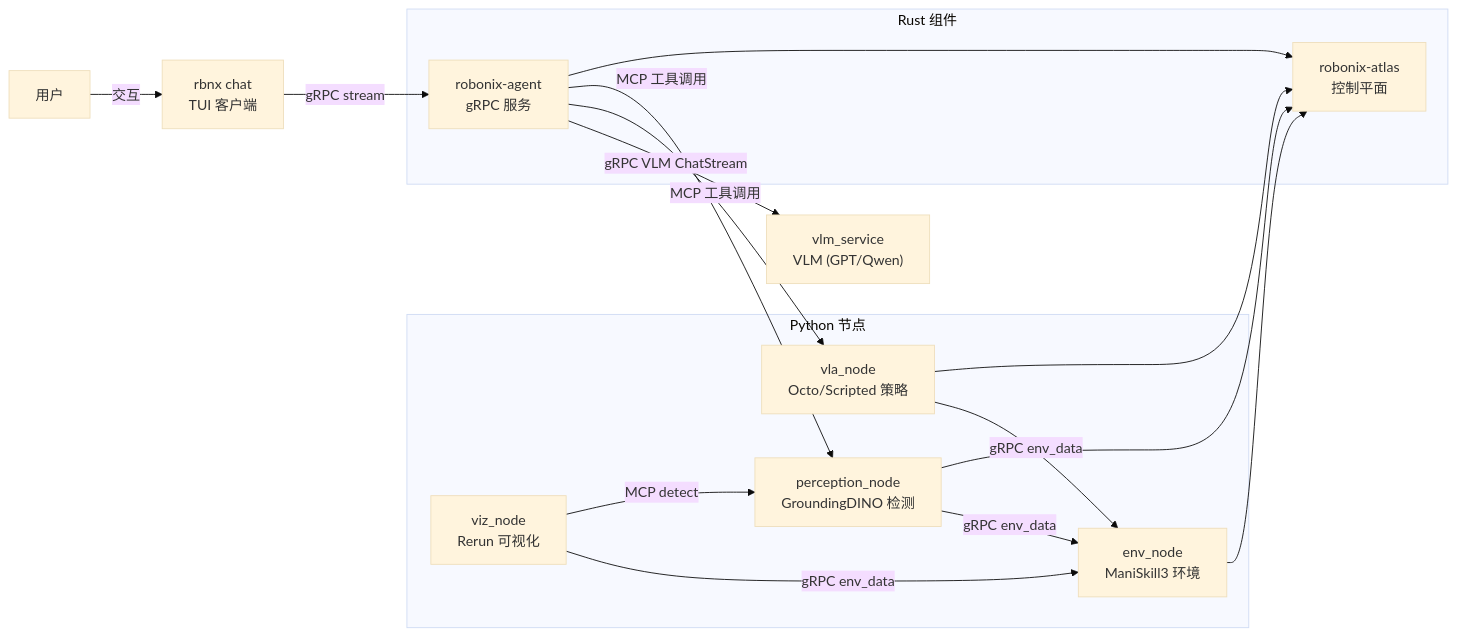
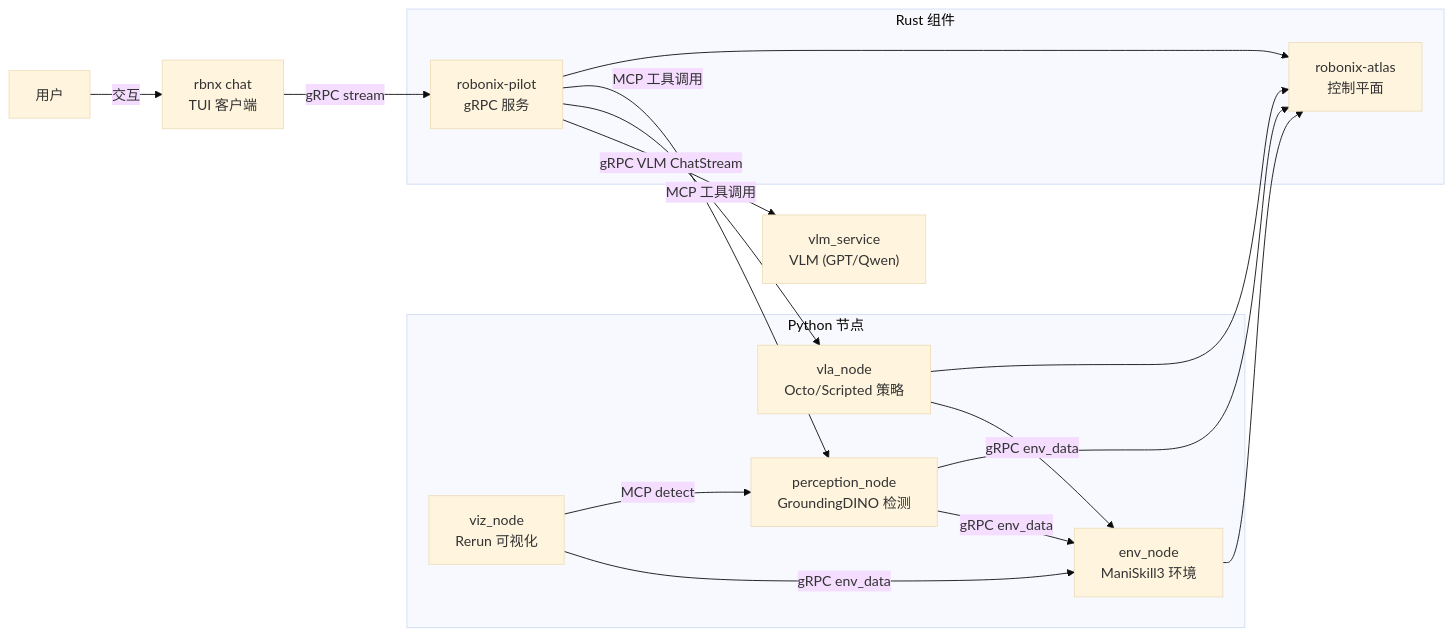
Before and after one commit to syswonder/robonix-book: the diagram in src/getting-started/maniskill-demo.md, drawn with Mermaid. The commit also changed other lines of this file and 3 other files, not shown here.

````diff
--- a/src/getting-started/maniskill-demo.md
+++ b/src/getting-started/maniskill-demo.md
@@ -9,33 +9,33 @@
 ```mermaid
 %%{init: {'theme': 'base', 'config': {'securityLevel': 'loose'}}}%%
 flowchart LR
     subgraph nodes ["Python 节点"]
         env["env_node<br>ManiSkill3 环境"]
         perception["perception_node<br>GroundingDINO 检测"]
         vla["vla_node<br>Octo/Scripted 策略"]
         viz["viz_node<br>Rerun 可视化"]
     end
 
     subgraph rust ["Rust 组件"]
         server["robonix-atlas<br>控制平面"]
-        agent["robonix-agent<br>gRPC 服务"]
+        agent["robonix-pilot<br>gRPC 服务"]
     end
 
     vlm["vlm_service<br>VLM (GPT/Qwen)"]
     tui["rbnx chat<br>TUI 客户端"]
     user["用户"]
 
     user -->|"交互"| tui
     tui -->|"gRPC stream"| agent
     agent -->|"gRPC VLM ChatStream"| vlm
     agent -->|"MCP 工具调用"| vla
     agent -->|"MCP 工具调用"| perception
     vla -->|"gRPC env_data"| env
     perception -->|"gRPC env_data"| env
     viz -->|"gRPC env_data"| env
     viz -->|"MCP detect"| perception
     env --> server
     perception --> server
     vla --> server
     agent --> server
 ```
````
